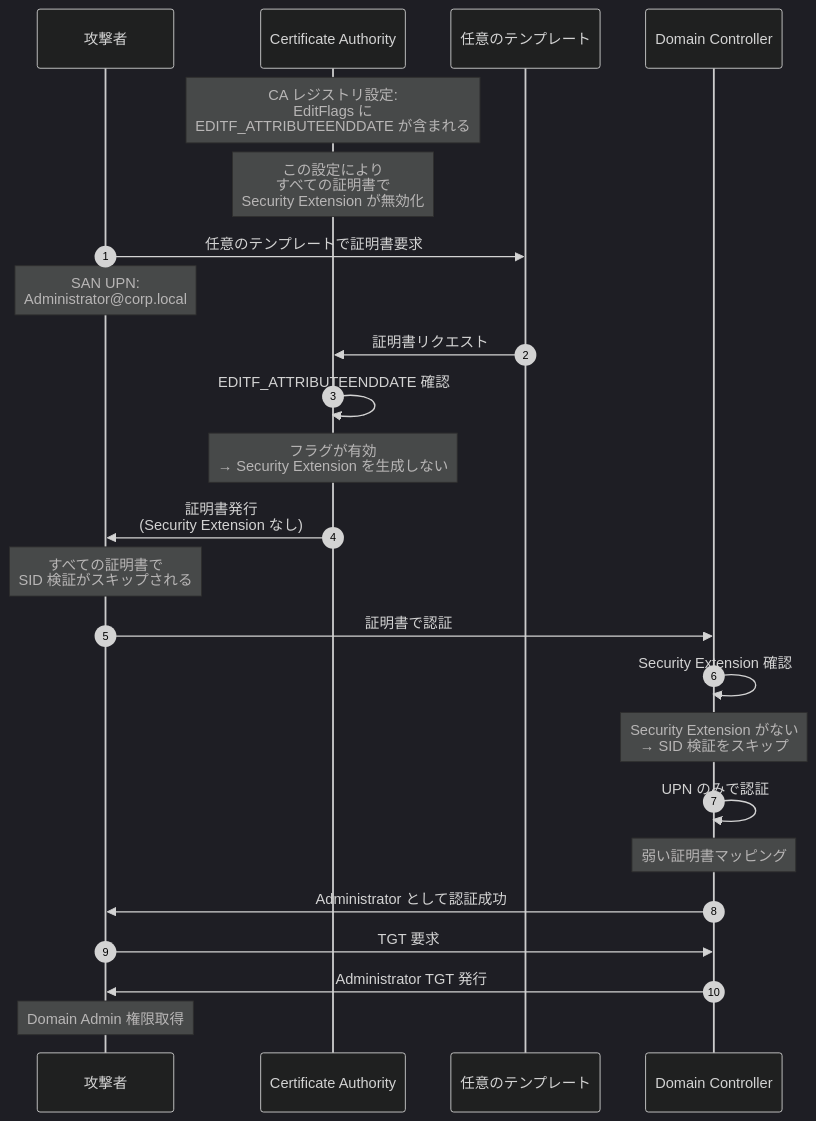
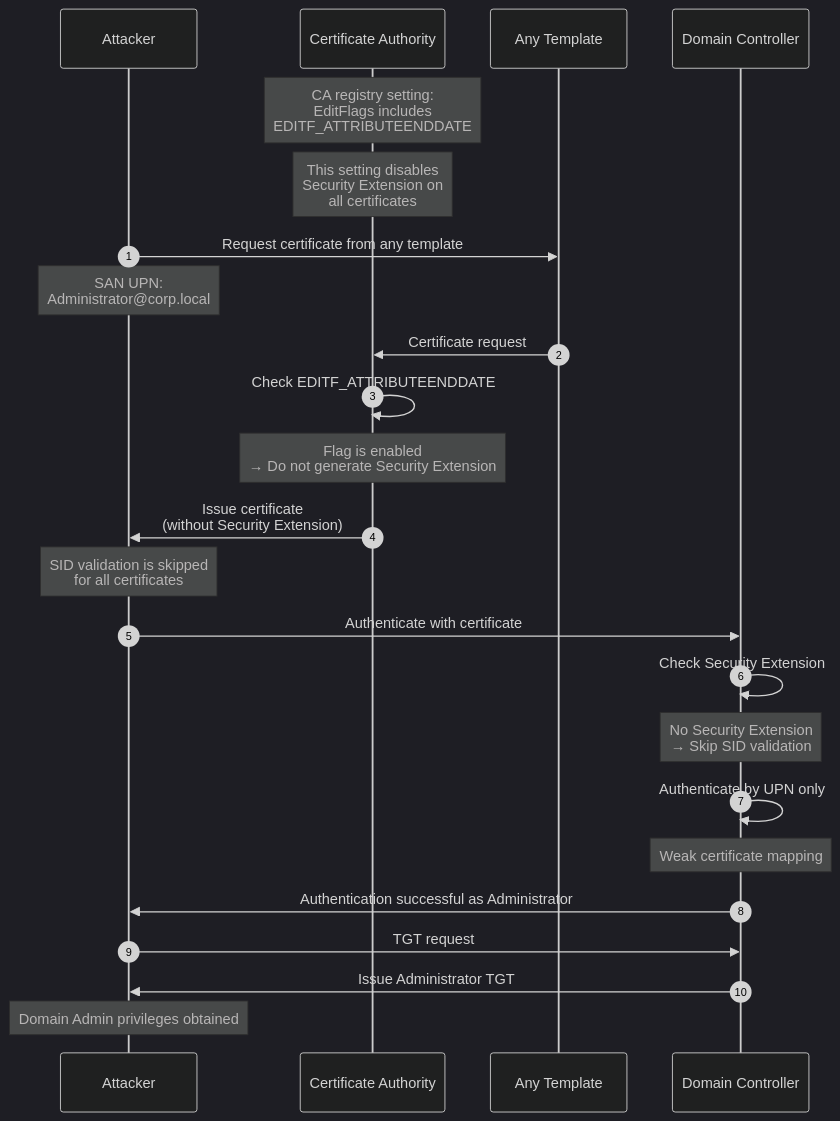
Before and after one commit to morimori-dev/morimori-dev.github.io: diagram 16 of 17 in _posts/2026-03-03-tech-adcs-esc-attack-guide.md, drawn with Mermaid (dark theme). The commit also changed other lines of this file and 1 other file, not shown here.

````diff
--- a/_posts/2026-03-03-tech-adcs-esc-attack-guide.md
+++ b/_posts/2026-03-03-tech-adcs-esc-attack-guide.md
@@ -1584,39 +1585,39 @@
 ```mermaid
 sequenceDiagram
     autonumber
-    participant A as 攻撃者
+    participant A as Attacker
     participant CA as Certificate Authority
-    participant T as 任意のテンプレート
+    participant T as Any Template
     participant DC as Domain Controller
-    
-    Note over CA: CA レジストリ設定:<br/>EditFlags に<br/>EDITF_ATTRIBUTEENDDATE が含まれる
-    
-    Note over CA: この設定により<br/>すべての証明書で<br/>Security Extension が無効化
-    
-    A->>T: 任意のテンプレートで証明書要求
+
+    Note over CA: CA registry setting:<br/>EditFlags includes<br/>EDITF_ATTRIBUTEENDDATE
+
+    Note over CA: This setting disables<br/>Security Extension on<br/>all certificates
+
+    A->>T: Request certificate from any template
     Note over A: SAN UPN:<br/>Administrator@corp.local
-    
-    T->>CA: 証明書リクエスト
-    
-    CA->>CA: EDITF_ATTRIBUTEENDDATE 確認
-    Note over CA: フラグが有効<br/>→ Security Extension を生成しない
-    
-    CA->>A: 証明書発行<br/>(Security Extension なし)
-    
-    Note over A: すべての証明書で<br/>SID 検証がスキップされる
-    
-    A->>DC: 証明書で認証
-    
-    DC->>DC: Security Extension 確認
-    Note over DC: Security Extension がない<br/>→ SID 検証をスキップ
-    
-    DC->>DC: UPN のみで認証
-    Note over DC: 弱い証明書マッピング
-    
-    DC->>A: Administrator として認証成功
-    
-    A->>DC: TGT 要求
-    DC->>A: Administrator TGT 発行
-    
-    Note over A: Domain Admin 権限取得
+
+    T->>CA: Certificate request
+
+    CA->>CA: Check EDITF_ATTRIBUTEENDDATE
+    Note over CA: Flag is enabled<br/>→ Do not generate Security Extension
+
+    CA->>A: Issue certificate<br/>(without Security Extension)
+
+    Note over A: SID validation is skipped<br/>for all certificates
+
+    A->>DC: Authenticate with certificate
+
+    DC->>DC: Check Security Extension
+    Note over DC: No Security Extension<br/>→ Skip SID validation
+
+    DC->>DC: Authenticate by UPN only
+    Note over DC: Weak certificate mapping
+
+    DC->>A: Authentication successful as Administrator
+
+    A->>DC: TGT request
+    DC->>A: Issue Administrator TGT
+
+    Note over A: Domain Admin privileges obtained
 ```
````
